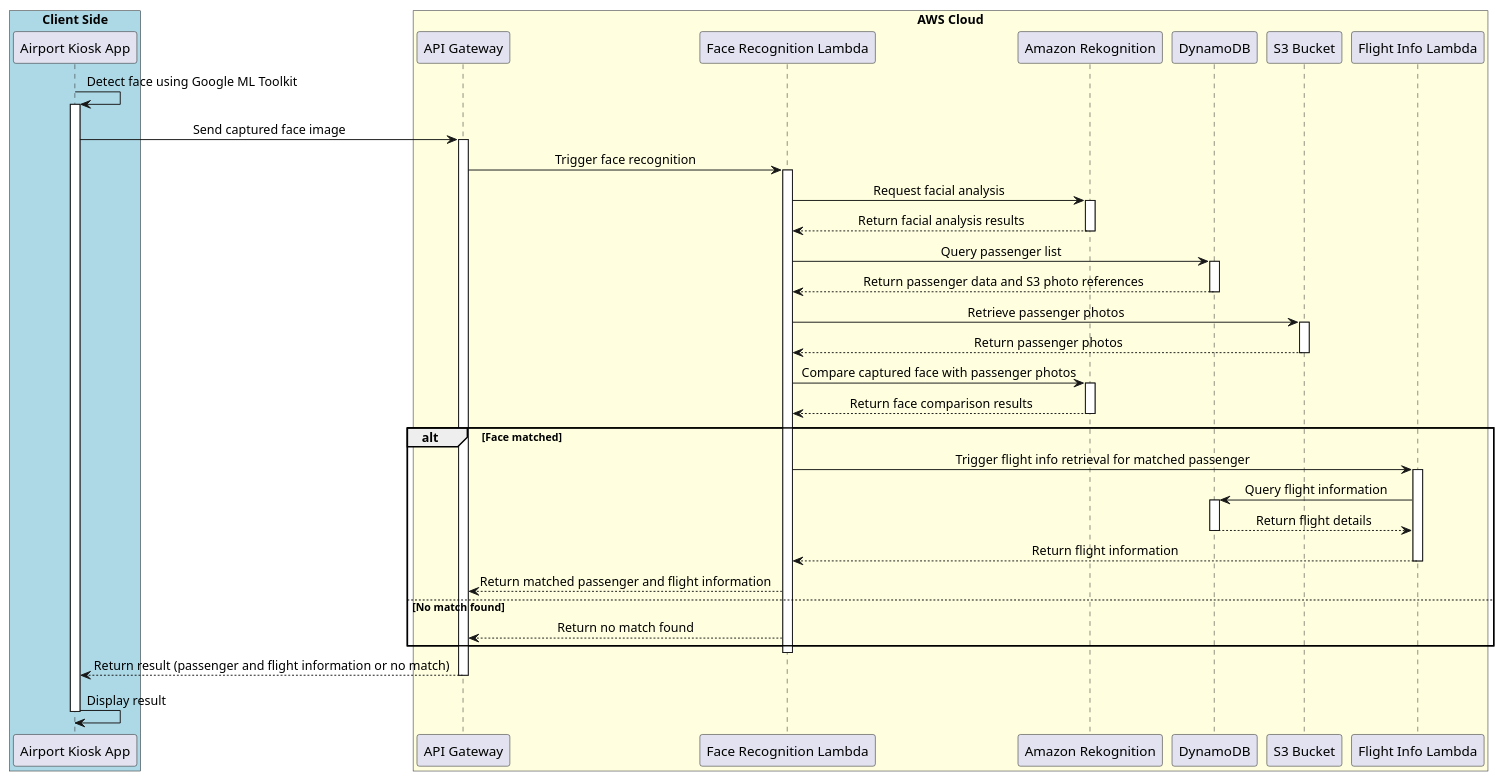
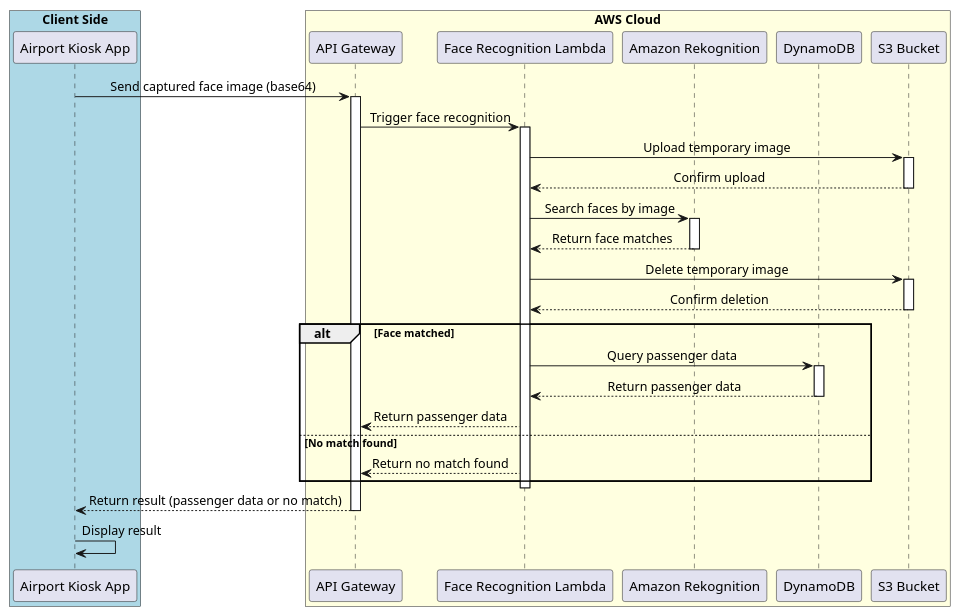
One commit to paloitsingapore/PALOIT_CAG_DIVA_BACK changed the diagram in diagrams/01.sequence.puml. Above: the diagram before and after it, drawn with PlantUML.

Commit message:
docs: changed sequence diagram according to the choosen flow

```diff
--- a/diagrams/01.sequence.puml
+++ b/diagrams/01.sequence.puml
@@ -1,72 +1,56 @@
 @startuml Assisted Wayfinding
 skinparam sequenceMessageAlign center
 skinparam boxPadding 10
 
 box "Client Side" #LightBlue
 participant "Airport Kiosk App" as App
 end box
 
 box "AWS Cloud" #LightYellow
 participant "API Gateway" as API
 participant "Face Recognition Lambda" as LambdaFR
 participant "Amazon Rekognition" as Rekognition
 participant "DynamoDB" as DynamoDB
 participant "S3 Bucket" as S3
-participant "Flight Info Lambda" as LambdaFI
 end box
 
-App -> App: Detect face using Google ML Toolkit
-activate App
-
-App -> API: Send captured face image
+App -> API: Send captured face image (base64)
 activate API
 
 API -> LambdaFR: Trigger face recognition
 activate LambdaFR
 
-LambdaFR -> Rekognition: Request facial analysis
+LambdaFR -> S3: Upload temporary image
+activate S3
+S3 --> LambdaFR: Confirm upload
+deactivate S3
+
+LambdaFR -> Rekognition: Search faces by image
 activate Rekognition
-Rekognition --> LambdaFR: Return facial analysis results
+Rekognition --> LambdaFR: Return face matches
 deactivate Rekognition
 
-LambdaFR -> DynamoDB: Query passenger list
-activate DynamoDB
-DynamoDB --> LambdaFR: Return passenger data and S3 photo references
-deactivate DynamoDB
-
-LambdaFR -> S3: Retrieve passenger photos
+LambdaFR -> S3: Delete temporary image
 activate S3
-S3 --> LambdaFR: Return passenger photos
+S3 --> LambdaFR: Confirm deletion
 deactivate S3
 
-LambdaFR -> Rekognition: Compare captured face with passenger photos
-activate Rekognition
-Rekognition --> LambdaFR: Return face comparison results
-deactivate Rekognition
-
 alt Face matched
-    LambdaFR -> LambdaFI: Trigger flight info retrieval for matched passenger
-    activate LambdaFI
-
-    LambdaFI -> DynamoDB: Query flight information
+    LambdaFR -> DynamoDB: Query passenger data
     activate DynamoDB
-    DynamoDB --> LambdaFI: Return flight details
+    DynamoDB --> LambdaFR: Return passenger data
     deactivate DynamoDB
 
-    LambdaFI --> LambdaFR: Return flight information
-    deactivate LambdaFI
-
-    LambdaFR --> API: Return matched passenger and flight information
+    LambdaFR --> API: Return passenger data
 else No match found
     LambdaFR --> API: Return no match found
 end
 
 deactivate LambdaFR
 
-API --> App: Return result (passenger and flight information or no match)
+API --> App: Return result (passenger data or no match)
 deactivate API
 
 App -> App: Display result
-deactivate App
 
 @enduml
```
